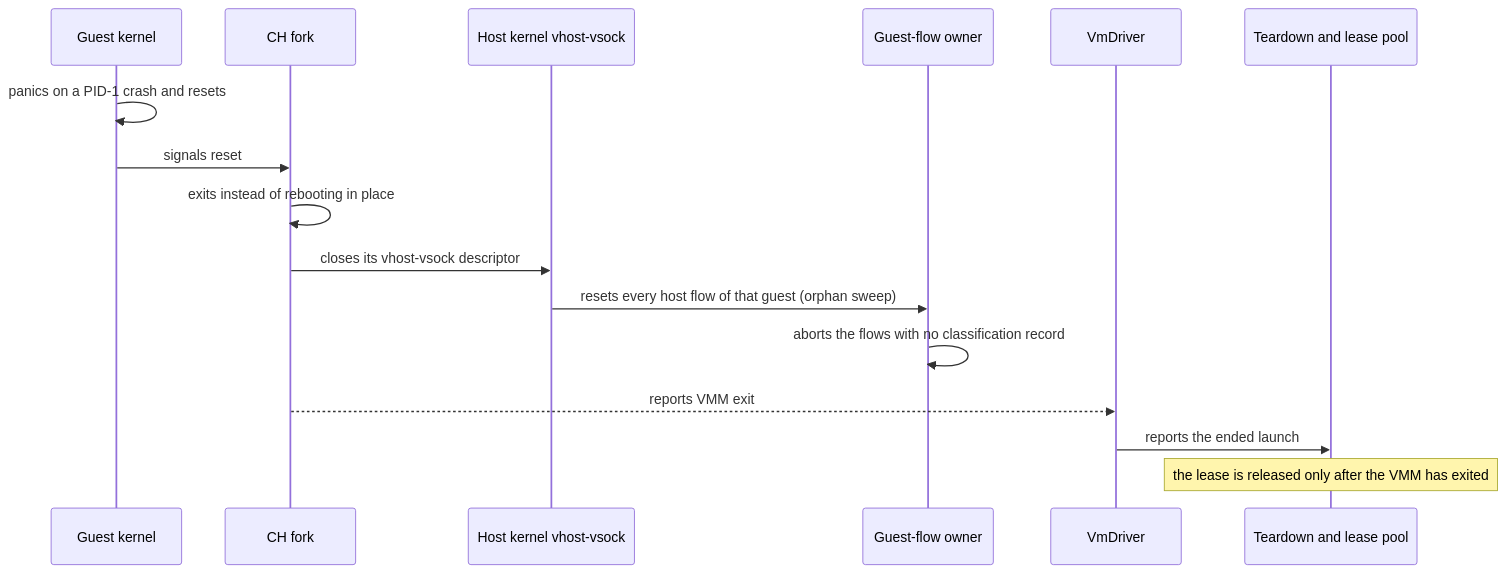
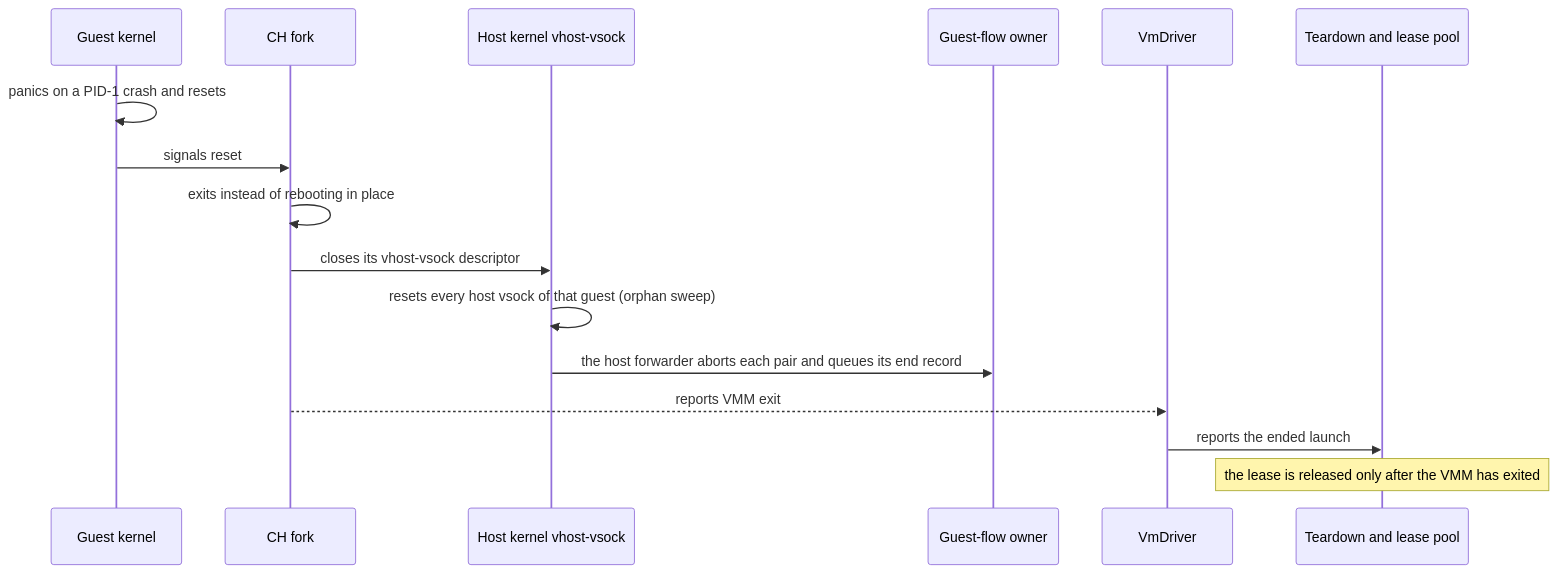
Diagram 37 of 37 in docs/product/architecture/c4-diagrams.md (overdrive-sh/overdrive), drawn with Mermaid before and after one commit. The commit also changed other lines of this file and 2120 other files, not shown here.

````diff
--- a/docs/product/architecture/c4-diagrams.md
+++ b/docs/product/architecture/c4-diagrams.md
@@ -1760,18 +1773,18 @@
 ```mermaid
 sequenceDiagram
     participant Guest as Guest kernel
     participant VMM as CH fork
     participant K as Host kernel vhost-vsock
     participant Own as Guest-flow owner
     participant Drv as VmDriver
     participant Pool as Teardown and lease pool
     Guest->>Guest: panics on a PID-1 crash and resets
     Guest->>VMM: signals reset
     VMM->>VMM: exits instead of rebooting in place
     VMM->>K: closes its vhost-vsock descriptor
-    K->>Own: resets every host flow of that guest (orphan sweep)
-    Own->>Own: aborts the flows with no classification record
+    K->>K: resets every host vsock of that guest (orphan sweep)
+    K->>Own: the host forwarder aborts each pair and queues its end record
     VMM-->>Drv: reports VMM exit
     Drv->>Pool: reports the ended launch
     Note over Pool: the lease is released only after the VMM has exited
 ```
````
